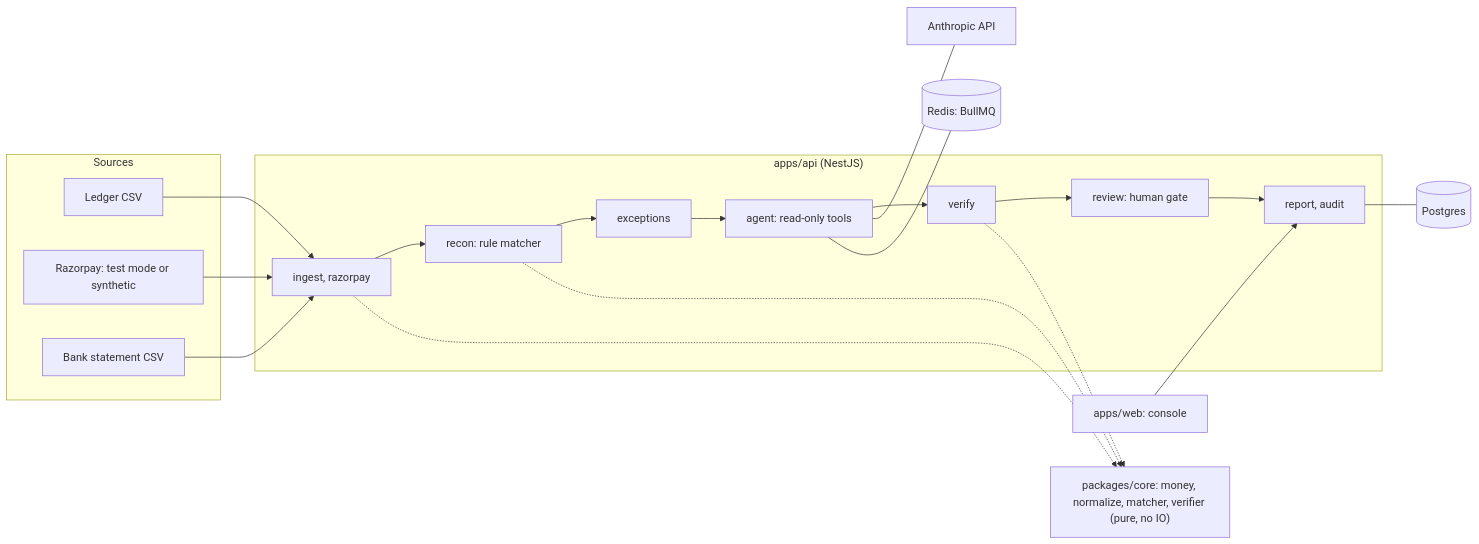
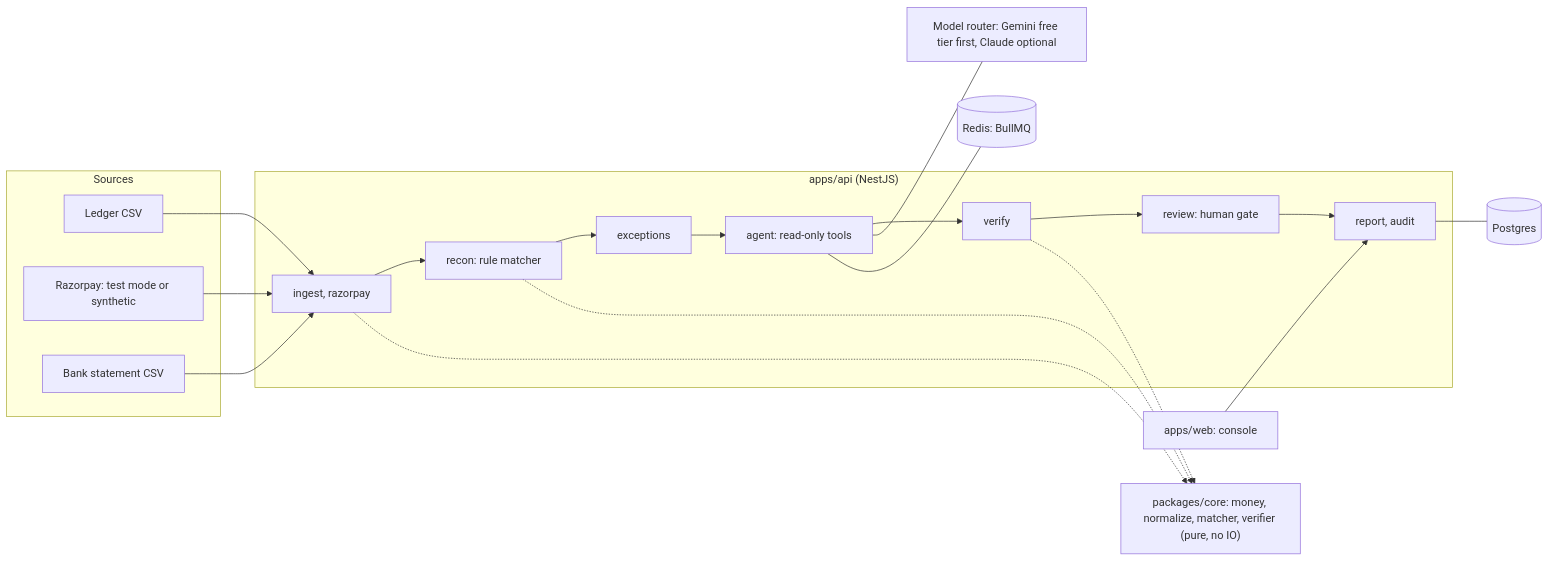
One commit to harish18092002/Ziro changed the first of 3 diagrams in docs/ARCHITECTURE.md. Above: the diagram before and after it, drawn with Mermaid. The commit also changed other lines of this file and 113 other files, not shown here.

````diff
--- a/docs/ARCHITECTURE.md
+++ b/docs/ARCHITECTURE.md
@@ -23,31 +23,31 @@
 ```mermaid
 flowchart LR
     subgraph Sources
         L["Ledger CSV"]
         R["Razorpay: test mode or synthetic"]
         B["Bank statement CSV"]
     end
     subgraph API["apps/api (NestJS)"]
         ING["ingest, razorpay"] --> REC["recon: rule matcher"]
         REC --> EXC["exceptions"]
         EXC --> AGT["agent: read-only tools"]
         AGT --> VER["verify"]
         VER --> REV["review: human gate"]
         REV --> RPT["report, audit"]
     end
     CORE["packages/core: money, normalize, matcher, verifier (pure, no IO)"]
     DB[("Postgres")]
     Q[("Redis: BullMQ")]
-    LLM["Anthropic API"]
+    LLM["Model router: Gemini free tier first, Claude optional"]
     WEB["apps/web: console"]
     L --> ING
     R --> ING
     B --> ING
     ING -.-> CORE
     REC -.-> CORE
     VER -.-> CORE
     RPT --- DB
     AGT --- LLM
     AGT --- Q
     WEB --> RPT
 ```
````
